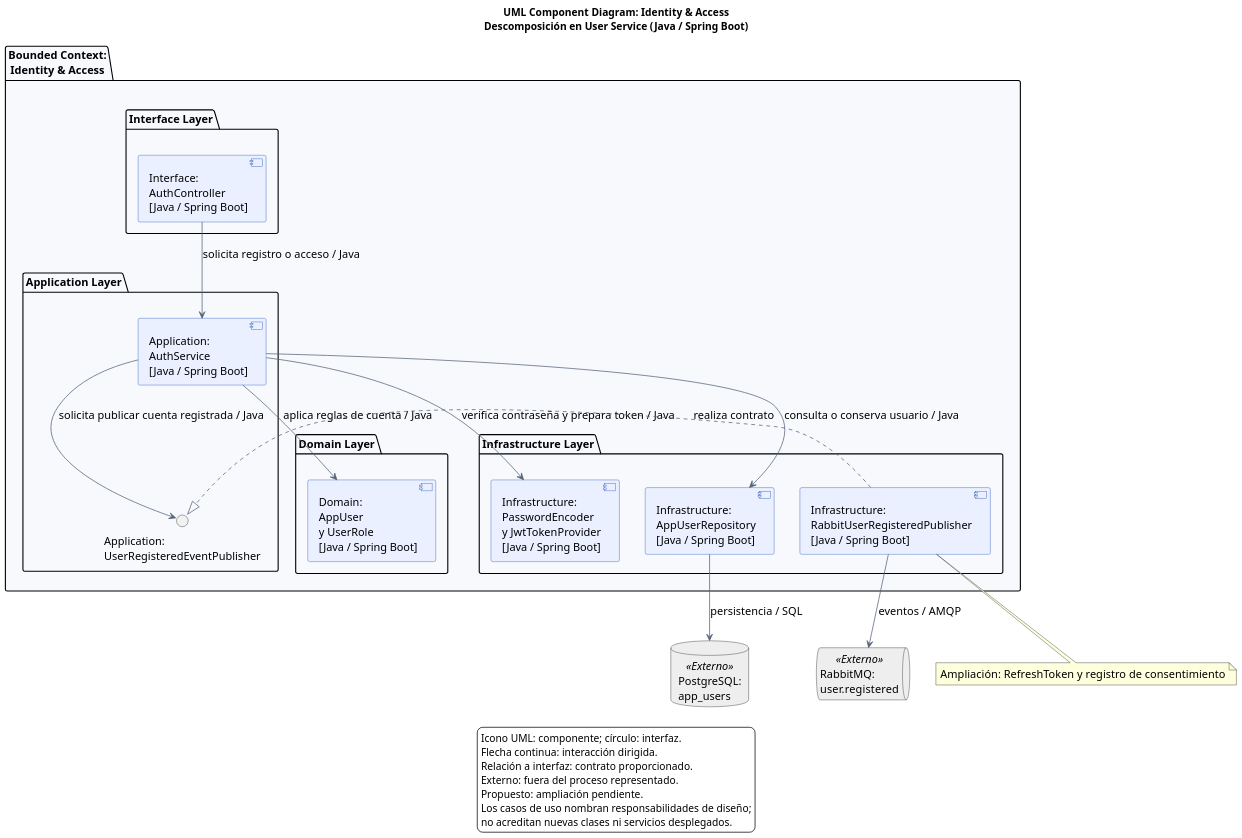
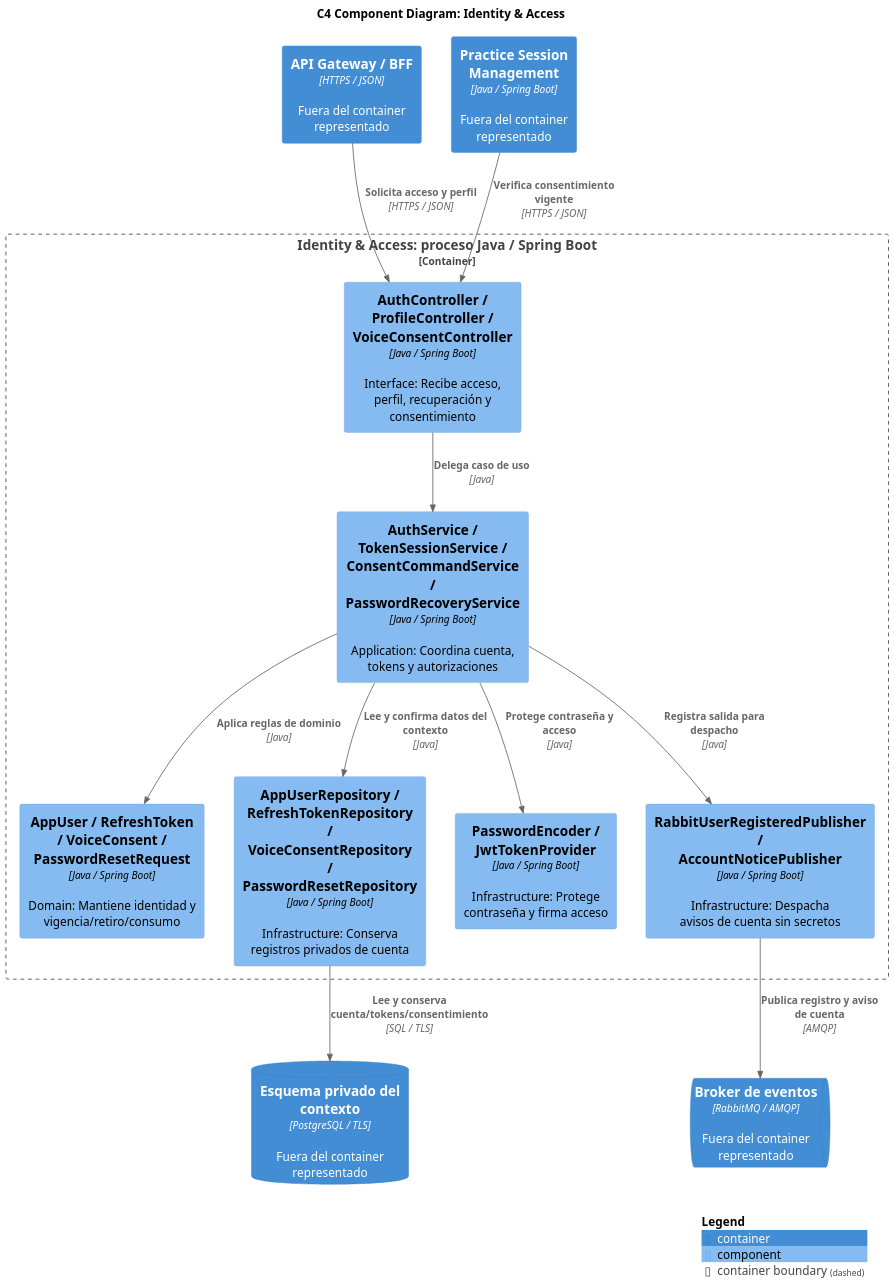
Before and after one commit to upc-pre-202620-si728-16365-thropic/talki-project-report: the diagram in assets/diagrams/tactical/08-identity-access-components.puml, drawn with PlantUML. The commit also changed 6 other files, not shown here.

First line of the commit message:
docs(5.8): completa modelos y contratos de Identity & Access

```diff
--- a/assets/diagrams/tactical/08-identity-access-components.puml
+++ b/assets/diagrams/tactical/08-identity-access-components.puml
@@ -1,55 +1,29 @@
 @startuml
+!include <C4/C4_Component>
 skinparam defaultFontName Arial
-skinparam defaultFontSize 15
-skinparam shadowing false
-skinparam componentStyle uml2
-skinparam backgroundColor white
-skinparam componentBackgroundColor #EAF0FF
-skinparam componentBorderColor #1749B5
-skinparam ArrowColor #536177
-skinparam packageBackgroundColor #F7F9FD
-skinparam dpi 130
-title
-UML Component Diagram: Identity & Access
-Descomposición en User Service (Java / Spring Boot)
-end title
-database "PostgreSQL:\napp_users" as db <<Externo>> #EEEEEE
-queue "RabbitMQ:\nuser.registered" as others <<Externo>> #EEEEEE
-package "Bounded Context:\nIdentity & Access" {
-  package "Interface Layer" {
-    component "Interface:\nAuthController\n[Java / Spring Boot]" as input
-  }
-  package "Application Layer" {
-    component "Application:\nAuthService\n[Java / Spring Boot]" as app
-    interface "Application:\nUserRegisteredEventPublisher" as port
-  }
-  package "Domain Layer" {
-    component "Domain:\nAppUser\ny UserRole\n[Java / Spring Boot]" as model
-  }
-  package "Infrastructure Layer" {
-    component "Infrastructure:\nPasswordEncoder\ny JwtTokenProvider\n[Java / Spring Boot]" as security
-    component "Infrastructure:\nAppUserRepository\n[Java / Spring Boot]" as repo
-    component "Infrastructure:\nRabbitUserRegisteredPublisher\n[Java / Spring Boot]" as adapter
-  }
+skinparam dpi 150
+LAYOUT_TOP_DOWN()
+title C4 Component Diagram: Identity & Access
+Container(bff, "API Gateway / BFF", "HTTPS / JSON", "Fuera del container representado")
+ContainerQueue(bus, "Broker de eventos", "RabbitMQ / AMQP", "Fuera del container representado")
+ContainerDb(db, "Esquema privado del contexto", "PostgreSQL / TLS", "Fuera del container representado")
+Container(sessions, "Practice Session Management", "Java / Spring Boot", "Fuera del container representado")
+Container_Boundary(scope, "Identity & Access: proceso Java / Spring Boot") {
+  Component(api, "AuthController / ProfileController / VoiceConsentController", "Java / Spring Boot", "Interface: Recibe acceso, perfil, recuperación y consentimiento")
+  Component(app, "AuthService / TokenSessionService / ConsentCommandService / PasswordRecoveryService", "Java / Spring Boot", "Application: Coordina cuenta, tokens y autorizaciones")
+  Component(rules, "AppUser / RefreshToken / VoiceConsent / PasswordResetRequest", "Java / Spring Boot", "Domain: Mantiene identidad y vigencia/retiro/consumo")
+  Component(repo, "AppUserRepository / RefreshTokenRepository / VoiceConsentRepository / PasswordResetRepository", "Java / Spring Boot", "Infrastructure: Conserva registros privados de cuenta")
+  Component(security, "PasswordEncoder / JwtTokenProvider", "Java / Spring Boot", "Infrastructure: Protege contraseña y firma acceso")
+  Component(publisher, "RabbitUserRegisteredPublisher / AccountNoticePublisher", "Java / Spring Boot", "Infrastructure: Despacha avisos de cuenta sin secretos")
 }
-input --> app : solicita registro o acceso / Java
-app --> model : aplica reglas de cuenta / Java
-app --> security : verifica contraseña y prepara token / Java
-app --> repo : consulta o conserva usuario / Java
-repo --> db : persistencia / SQL
-app --> port : solicita publicar cuenta registrada / Java
-adapter ..|> port : realiza contrato
-adapter --> others : eventos / AMQP
-note bottom
-Ampliación: RefreshToken y registro de consentimiento
-end note
-legend bottom
-Icono UML: componente; círculo: interfaz.
-Flecha continua: interacción dirigida.
-Relación a interfaz: contrato proporcionado.
-Externo: fuera del proceso representado.
-Propuesto: ampliación pendiente.
-Los casos de uso nombran responsabilidades de diseño;
-no acreditan nuevas clases ni servicios desplegados.
-endlegend
+Rel(api, app, "Delega caso de uso", "Java")
+Rel(app, rules, "Aplica reglas de dominio", "Java")
+Rel(app, repo, "Lee y confirma datos del contexto", "Java")
+Rel(app, security, "Protege contraseña y acceso", "Java")
+Rel(app, publisher, "Registra salida para despacho", "Java")
+Rel(bff, api, "Solicita acceso y perfil", "HTTPS / JSON")
+Rel(sessions, api, "Verifica consentimiento vigente", "HTTPS / JSON")
+Rel(repo, db, "Lee y conserva cuenta/tokens/consentimiento", "SQL / TLS")
+Rel(publisher, bus, "Publica registro y aviso de cuenta", "AMQP")
+SHOW_LEGEND()
 @enduml
```
